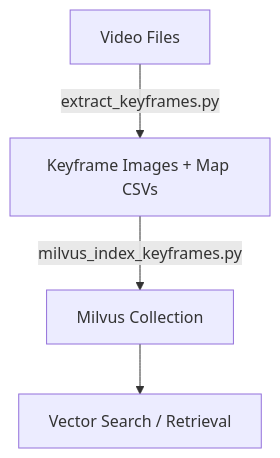
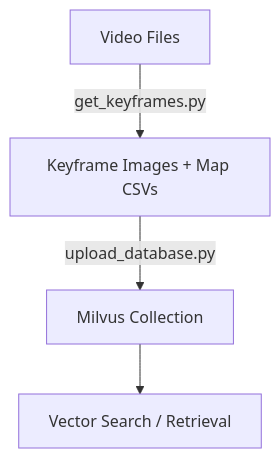
The diagram in database/README.md (Hungquan5/retrievalBaseline), drawn with Mermaid before and after one commit. The commit also changed other lines of this file and 4 other files, not shown here.

````diff
--- a/database/README.md
+++ b/database/README.md
@@ -110,6 +31,6 @@
 ```mermaid
 graph TD
-    A[Video Files] -->|extract_keyframes.py| B[Keyframe Images + Map CSVs]
-    B -->|milvus_index_keyframes.py| C[Milvus Collection]
+    A[Video Files] -->|get_keyframes.py| B[Keyframe Images + Map CSVs]
+    B -->|upload_database.py| C[Milvus Collection]
     C --> D[Vector Search / Retrieval]
 ```
````
